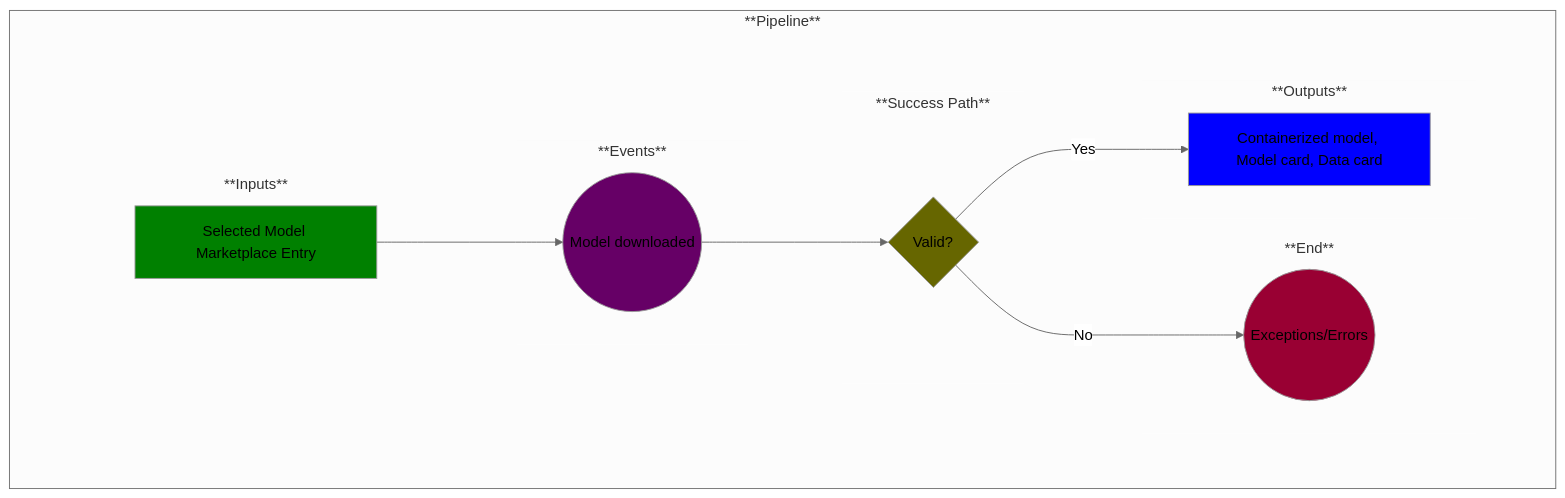
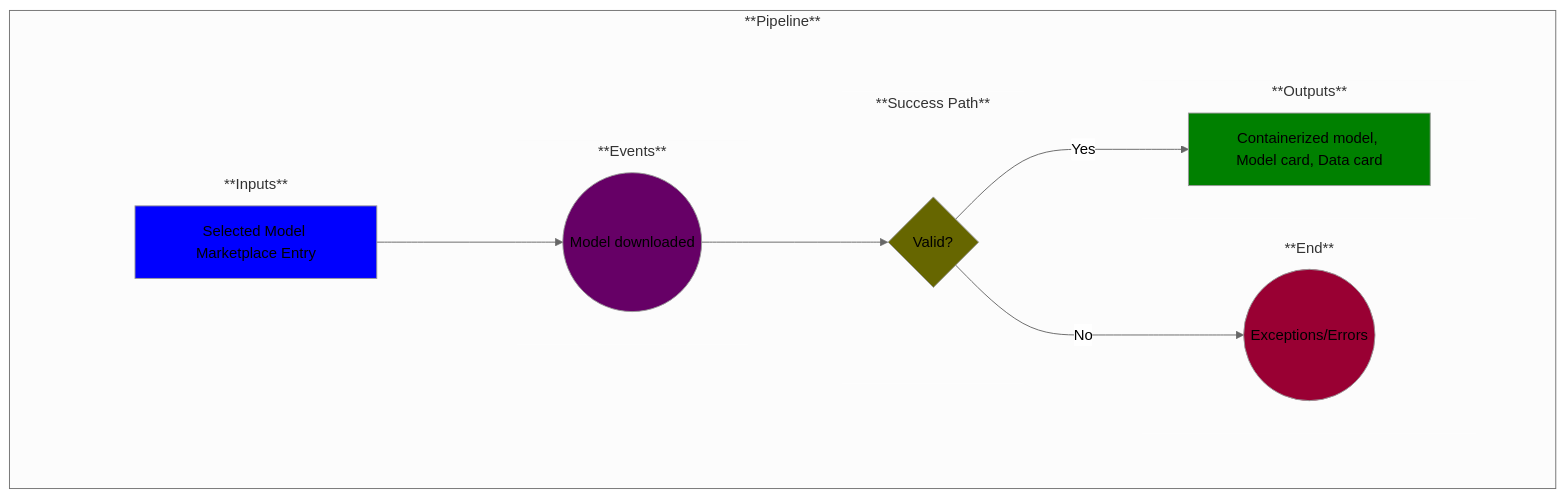
The diagram in use-cases/18-model-downloads.md (MLOps-OpenAPI/arch-diagrams), drawn with Mermaid (neutral theme) before and after one commit. The commit also changed 9 other files, not shown here.

````diff
--- a/use-cases/18-model-downloads.md
+++ b/use-cases/18-model-downloads.md
@@ -21,64 +21,64 @@
 ```mermaid
 
 %% Creating a left-to-right flowchart
 %% Learn the syntax here: https://mermaid.js.org/syntax/flowchart.html
 %% Note: flowchart and graph are the same in Mermaid
 graph LR;
 
     %% Define the common flow items:
     %%A--> B
     %%B-->C
     subgraph Pipeline ["**Pipeline**"]
         
         %% Add an empty node to overcome some formatting issues
         subgraph invisibleSpace["<br/>"]
 
             %% Add the rest of the nodes
             subgraph Inputs ["**Inputs**"]
                 A
             end
             subgraph Events ["**Events**"]
                 B
             end
             subgraph Success ["**Success Path**"]
                 C
             end
             subgraph End ["**End**"]
                 D
             end
             subgraph Outputs ["**Outputs**"]
                 E
             end
         end
         A-->B
         C--> | No | D
         B-->C
         C--> | Yes | E
     end
 
     %% Now label and style the blocks
     %% Note: You could have done this above, but I find this to be cleaner and easier to manage
 
     A[Selected Model Marketplace Entry]
-    style A fill:green
+    style A fill:blue
 
     B((Model downloaded))
     style B fill:#660066
 
     C{Valid?}
     style C fill:#666600
 
     D((Exceptions/Errors))
     style D fill:#990033
 
     E[Containerized model, Model card, Data card]
-    style E fill:blue
+    style E fill:green
 
     %% Remove unnecessary box outlines
     style invisibleSpace stroke-width:0
     style Inputs stroke-width:0
     style Events stroke-width:0
     style End stroke-width:0
     style Success stroke-width:0
     style Outputs stroke-width:0
 ```
````
